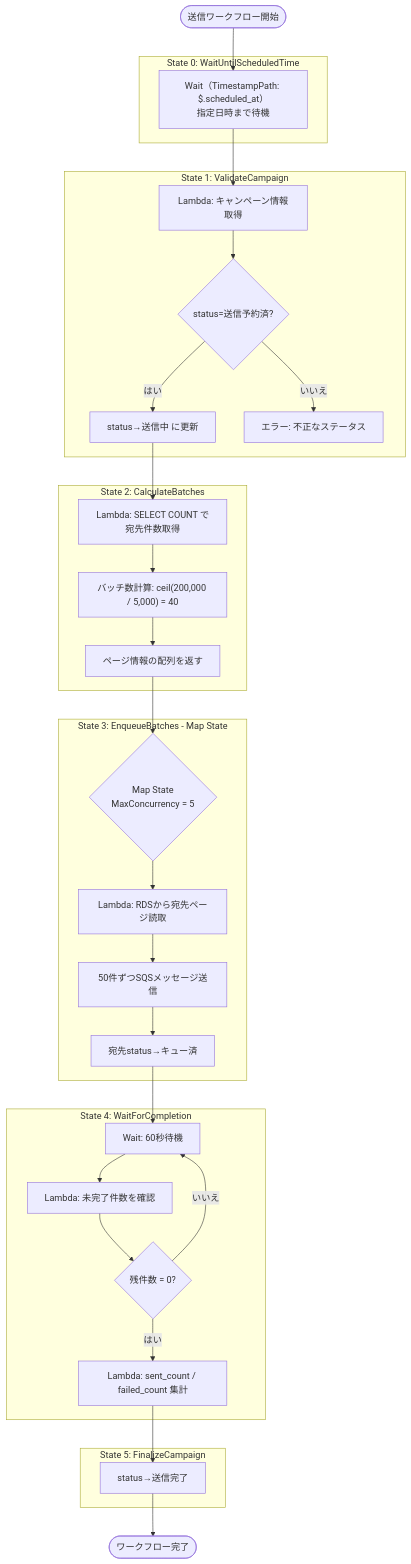
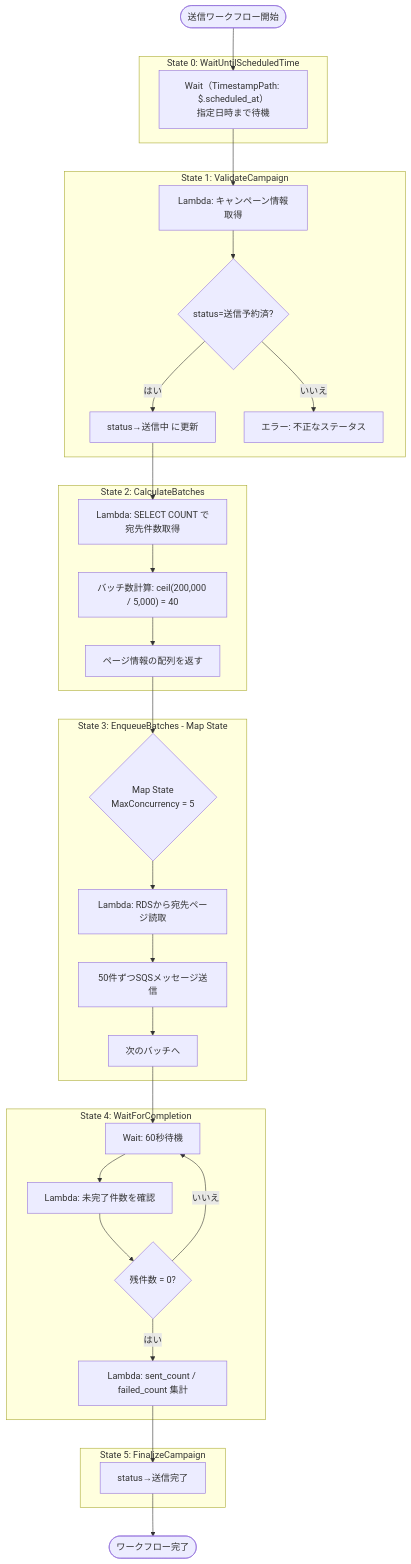
Before and after one commit to muratariku0903/mass-emailing: the second of 3 diagrams in docs/03-sending-flow.md, drawn with Mermaid. The commit also changed other lines of this file and 2 other files, not shown here.

````diff
--- a/docs/03-sending-flow.md
+++ b/docs/03-sending-flow.md
@@ -65,51 +65,51 @@
 ```mermaid
 flowchart TD
     START([送信ワークフロー開始]) --> S0
 
     subgraph State0 [State 0: WaitUntilScheduledTime]
         S0["Wait（TimestampPath: $.scheduled_at）<br/>指定日時まで待機"]
     end
 
     S0 --> S1
 
     subgraph State1 [State 1: ValidateCampaign]
         S1[Lambda: キャンペーン情報取得]
         S1 --> S1_2{status=送信予約済?}
         S1_2 -->|はい| S1_3[status→送信中 に更新]
         S1_2 -->|いいえ| S1_ERR[エラー: 不正なステータス]
     end
 
     S1_3 --> S2
 
     subgraph State2 [State 2: CalculateBatches]
         S2[Lambda: SELECT COUNT で宛先件数取得]
         S2 --> S2_2["バッチ数計算: ceil(200,000 / 5,000) = 40"]
         S2_2 --> S2_3[ページ情報の配列を返す]
     end
 
     S2_3 --> S3
 
     subgraph State3 [State 3: EnqueueBatches - Map State]
         S3{Map State<br/>MaxConcurrency = 5}
         S3 --> E1[Lambda: RDSから宛先ページ読取]
         E1 --> E2[50件ずつSQSメッセージ送信]
-        E2 --> E3[宛先status→キュー済]
+        E2 --> E3[次のバッチへ]
     end
 
     E3 --> S4
 
     subgraph State4 [State 4: WaitForCompletion]
         S4[Wait: 60秒待機]
         S4 --> S4_2[Lambda: 未完了件数を確認]
         S4_2 --> S4_3{残件数 = 0?}
         S4_3 -->|いいえ| S4
         S4_3 -->|はい| S5
     end
 
     subgraph State5 [State 5: FinalizeCampaign]
         S5[Lambda: sent_count / failed_count 集計]
         S5 --> S5_2[status→送信完了]
     end
 
     S5_2 --> END([ワークフロー完了])
 ```
````
